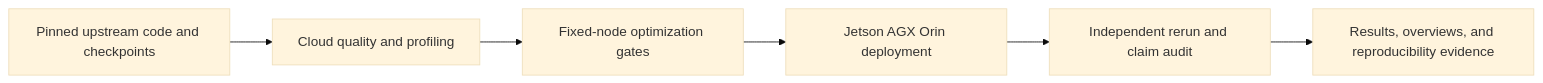
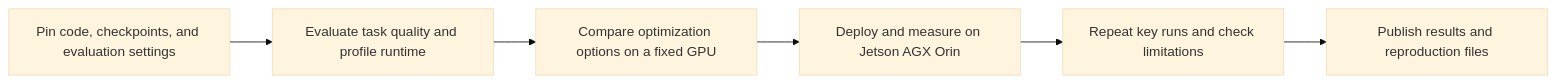
Before and after one commit to LittleGeng/edge-ai-systems-portfolio: the diagram in README.md, drawn with Mermaid (base theme). The commit also changed other lines of this file and 3 other files, not shown here.

````diff
--- a/README.md
+++ b/README.md
@@ -36,8 +38,8 @@
 ```mermaid
 flowchart LR
-    A["Pinned upstream code and checkpoints"] --> B["Cloud quality and profiling"]
-    B --> C["Fixed-node optimization gates"]
-    C --> D["Jetson AGX Orin deployment"]
-    D --> E["Independent rerun and claim audit"]
-    E --> F["Results, overviews, and reproducibility evidence"]
+    A["Pin code, checkpoints, and evaluation settings"] --> B["Evaluate task quality and profile runtime"]
+    B --> C["Compare optimization options on a fixed GPU"]
+    C --> D["Deploy and measure on Jetson AGX Orin"]
+    D --> E["Repeat key runs and check limitations"]
+    E --> F["Publish results and reproduction files"]
 ```
````
